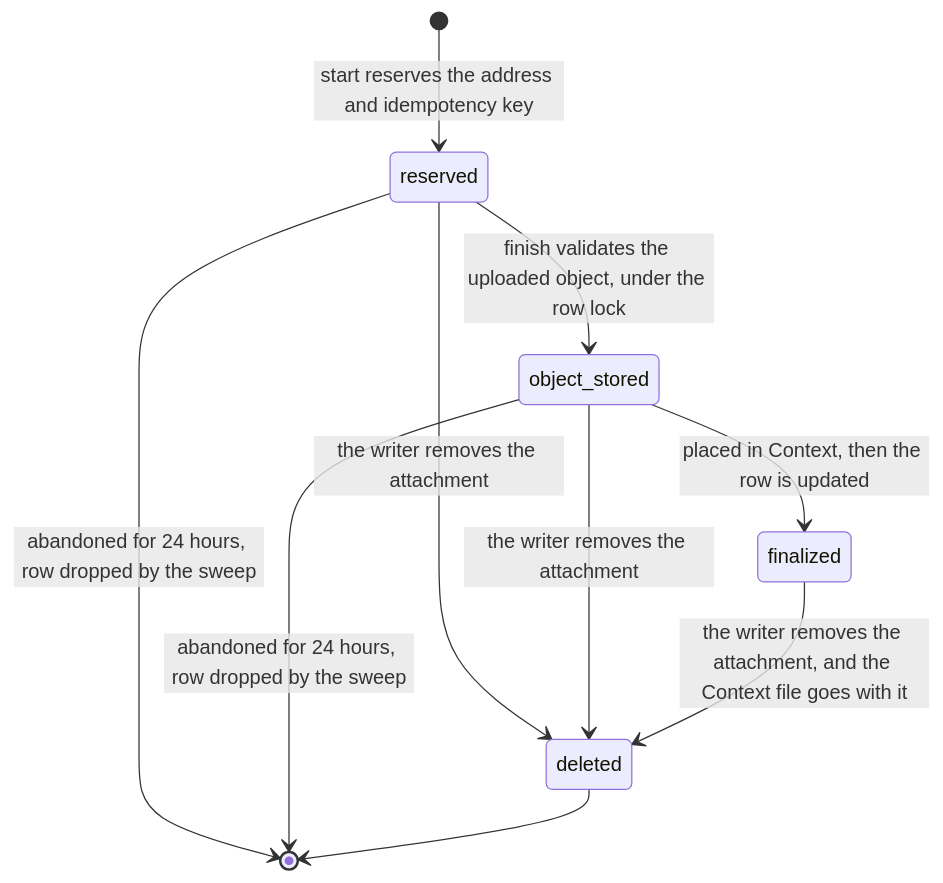
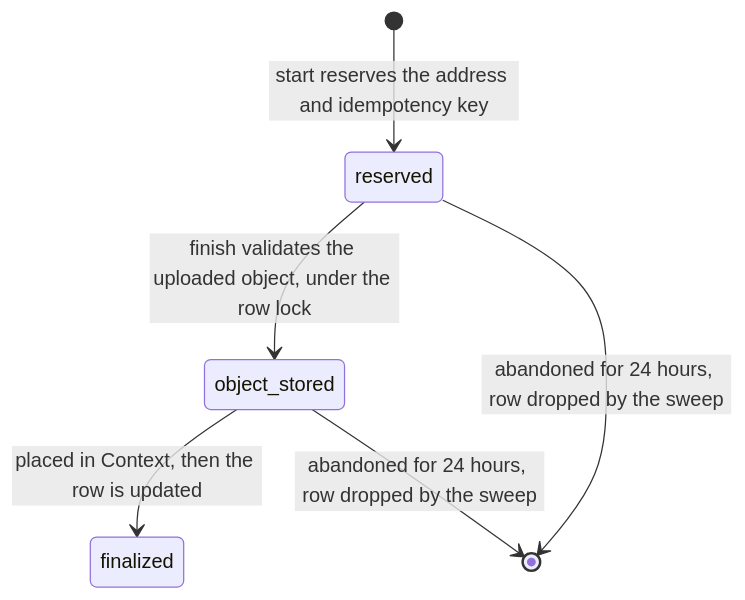
Before and after one commit to haowjy/meridian-flow: the diagram in apps/server/server/domains/context/uploads/.context/state-machines.md, drawn with Mermaid. The commit also changed other lines of this file and 39 other files, not shown here.

````diff
--- a/apps/server/server/domains/context/uploads/.context/state-machines.md
+++ b/apps/server/server/domains/context/uploads/.context/state-machines.md
@@ -8,12 +8,8 @@
 ```mermaid
 stateDiagram-v2
   [*] --> reserved: start reserves the address and idempotency key
   reserved --> object_stored: finish validates the uploaded object, under the row lock
   object_stored --> finalized: placed in Context, then the row is updated
-  reserved --> deleted: the writer removes the attachment
-  object_stored --> deleted: the writer removes the attachment
-  finalized --> deleted: the writer removes the attachment, and the Context file goes with it
   reserved --> [*]: abandoned for 24 hours, row dropped by the sweep
   object_stored --> [*]: abandoned for 24 hours, row dropped by the sweep
-  deleted --> [*]
 ```
````
